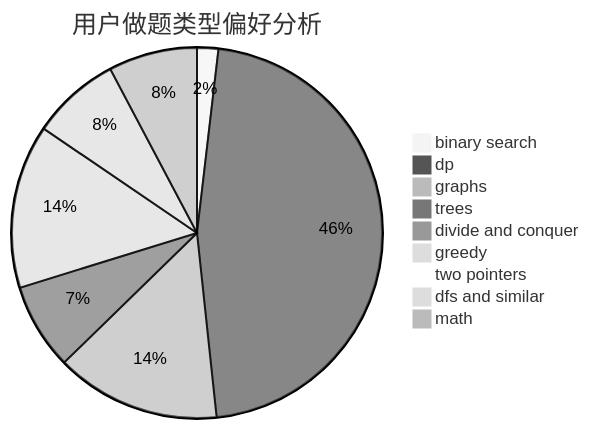
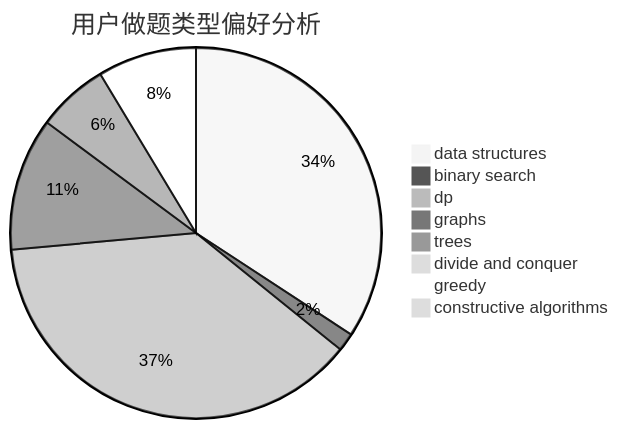
One commit to sherpahu/cfrs.github.io changed the second of 3 diagrams in docs/user/u601.md. Above: the diagram before and after it, drawn with Mermaid (neutral theme). The commit also changed other lines of this file and 2775 other files, not shown here.

````diff
--- a/docs/user/u601.md
+++ b/docs/user/u601.md
@@ -23,12 +23,11 @@
 ```mermaid
 pie title 用户做题类型偏好分析
+    "data structures" :  369
     "binary search" :  17
-    "dp" :  426
-    "graphs" :  132
-    "trees" :  69
+    "dp" :  407
+    "graphs" :  125
+    "trees" :  67
     "divide and conquer" :  8
-    "greedy" :  131
-    "two pointers" :  2
-    "dfs and similar" :  71
-    "math" :  71
+    "greedy" :  93
+    "constructive algorithms" :  9
 ```
````
